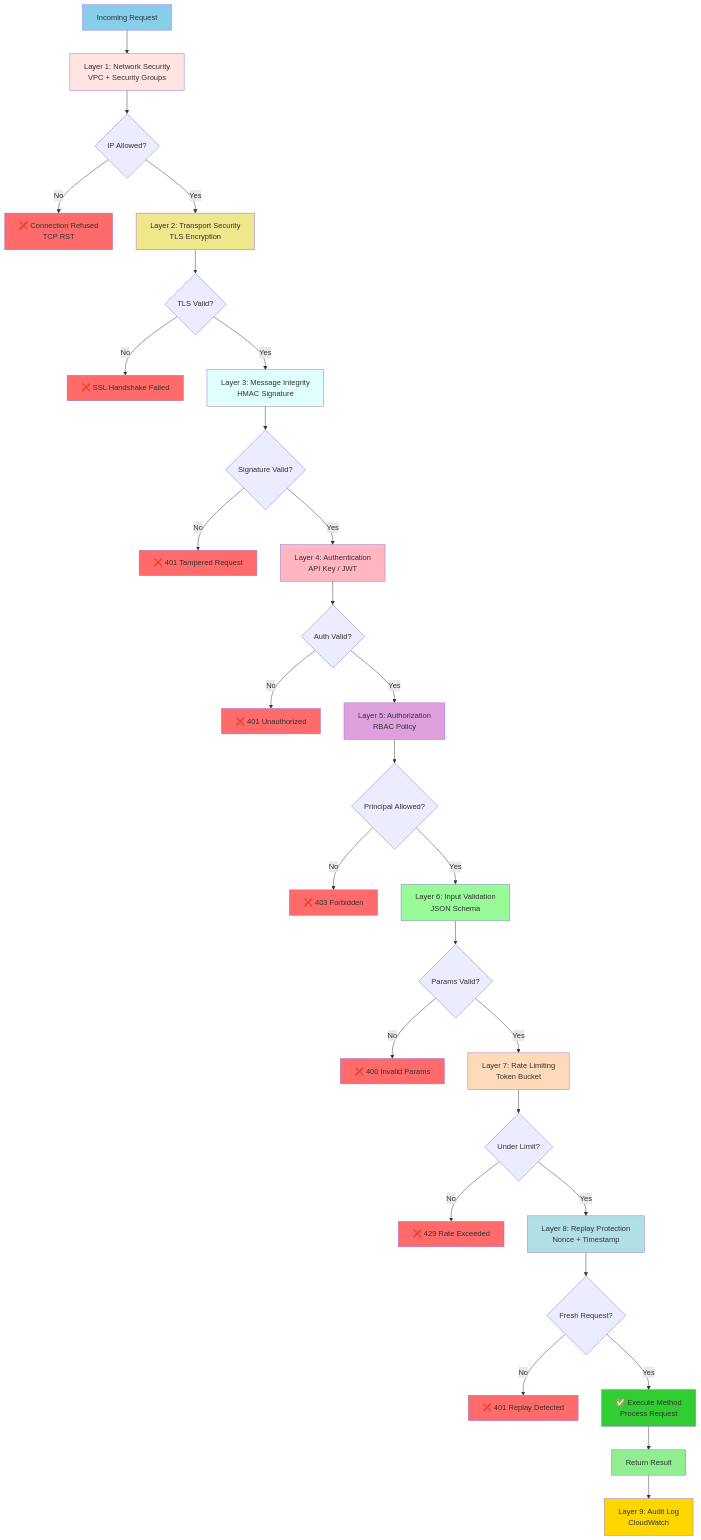
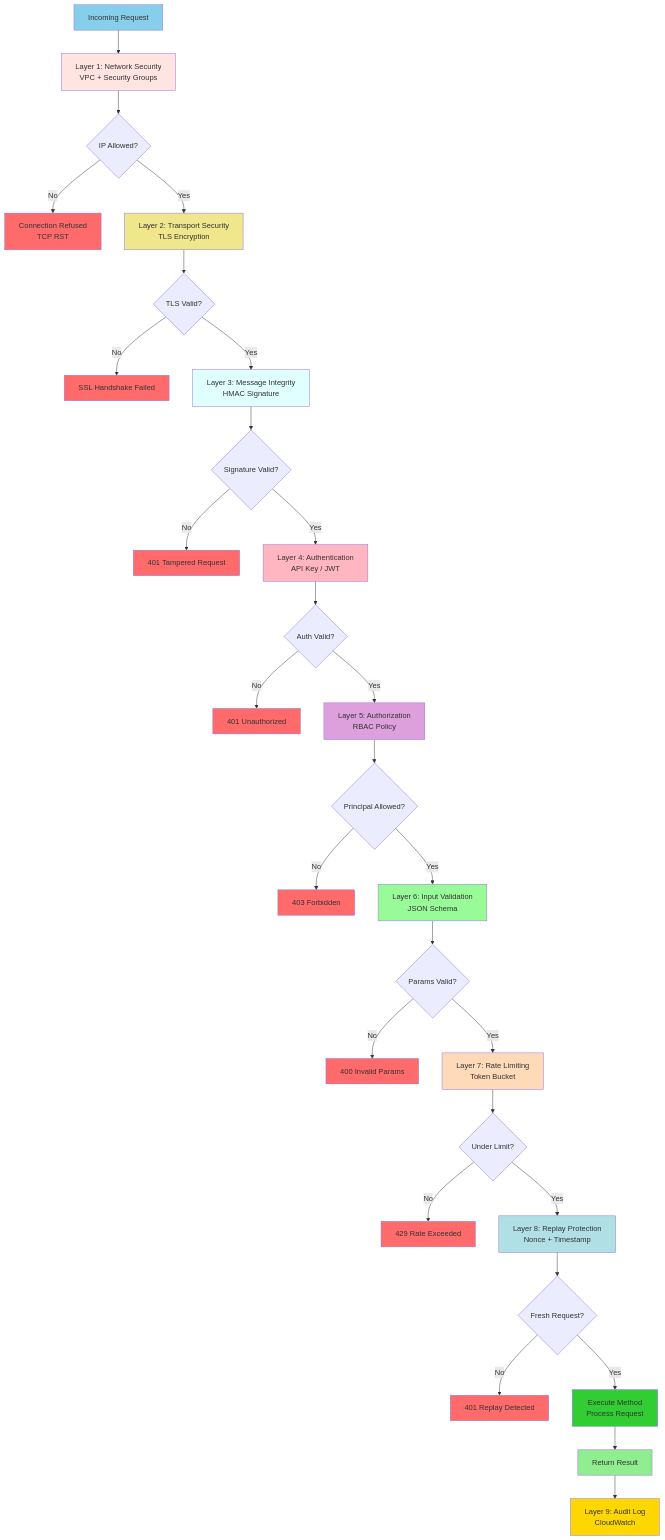
Before and after one commit to jaafar-benabderrazak/ca_a2a: the fourth of 13 diagrams in A2A_PROTOCOL_SECURITY_TECHNICAL.md, drawn with Mermaid. The commit also changed other lines of this file and 19 other files, not shown here.

````diff
--- a/A2A_PROTOCOL_SECURITY_TECHNICAL.md
+++ b/A2A_PROTOCOL_SECURITY_TECHNICAL.md
@@ -301,62 +301,62 @@
 ```mermaid
 graph TB
-    Request[Incoming Request] --> L1
-    
-    L1[Layer 1: Network Security<br/>VPC + Security Groups] --> L1_Check{IP Allowed?}
-    L1_Check -->|No| Reject1[❌ Connection Refused<br/>TCP RST]
-    L1_Check -->|Yes| L2
-    
-    L2[Layer 2: Transport Security<br/>TLS Encryption] --> L2_Check{TLS Valid?}
-    L2_Check -->|No| Reject2[❌ SSL Handshake Failed]
-    L2_Check -->|Yes| L3
-    
-    L3[Layer 3: Message Integrity<br/>HMAC Signature] --> L3_Check{Signature Valid?}
-    L3_Check -->|No| Reject3[❌ 401 Tampered Request]
-    L3_Check -->|Yes| L4
-    
-    L4[Layer 4: Authentication<br/>API Key / JWT] --> L4_Check{Auth Valid?}
-    L4_Check -->|No| Reject4[❌ 401 Unauthorized]
-    L4_Check -->|Yes| L5
-    
-    L5[Layer 5: Authorization<br/>RBAC Policy] --> L5_Check{Principal Allowed?}
-    L5_Check -->|No| Reject5[❌ 403 Forbidden]
-    L5_Check -->|Yes| L6
-    
-    L6[Layer 6: Input Validation<br/>JSON Schema] --> L6_Check{Params Valid?}
-    L6_Check -->|No| Reject6[❌ 400 Invalid Params]
-    L6_Check -->|Yes| L7
-    
-    L7[Layer 7: Rate Limiting<br/>Token Bucket] --> L7_Check{Under Limit?}
-    L7_Check -->|No| Reject7[❌ 429 Rate Exceeded]
-    L7_Check -->|Yes| L8
-    
-    L8[Layer 8: Replay Protection<br/>Nonce + Timestamp] --> L8_Check{Fresh Request?}
-    L8_Check -->|No| Reject8[❌ 401 Replay Detected]
-    L8_Check -->|Yes| Handler
-    
-    Handler[✅ Execute Method<br/>Process Request] --> Response
-    Response[Return Result] --> Audit[Layer 9: Audit Log<br/>CloudWatch]
-    
-    style Request fill:#87CEEB
-    style Handler fill:#32CD32
-    style Response fill:#90EE90
-    style Audit fill:#FFD700
-    
-    style L1 fill:#FFE4E1
-    style L2 fill:#F0E68C
-    style L3 fill:#E0FFFF
-    style L4 fill:#FFB6C1
-    style L5 fill:#DDA0DD
-    style L6 fill:#98FB98
-    style L7 fill:#FFDAB9
-    style L8 fill:#B0E0E6
-    
-    style Reject1 fill:#FF6B6B
-    style Reject2 fill:#FF6B6B
-    style Reject3 fill:#FF6B6B
-    style Reject4 fill:#FF6B6B
-    style Reject5 fill:#FF6B6B
-    style Reject6 fill:#FF6B6B
-    style Reject7 fill:#FF6B6B
-    style Reject8 fill:#FF6B6B
+ Request[Incoming Request] --> L1
+ 
+ L1[Layer 1: Network Security<br/>VPC + Security Groups] --> L1_Check{IP Allowed?}
+ L1_Check -->|No| Reject1[ Connection Refused<br/>TCP RST]
+ L1_Check -->|Yes| L2
+ 
+ L2[Layer 2: Transport Security<br/>TLS Encryption] --> L2_Check{TLS Valid?}
+ L2_Check -->|No| Reject2[ SSL Handshake Failed]
+ L2_Check -->|Yes| L3
+ 
+ L3[Layer 3: Message Integrity<br/>HMAC Signature] --> L3_Check{Signature Valid?}
+ L3_Check -->|No| Reject3[ 401 Tampered Request]
+ L3_Check -->|Yes| L4
+ 
+ L4[Layer 4: Authentication<br/>API Key / JWT] --> L4_Check{Auth Valid?}
+ L4_Check -->|No| Reject4[ 401 Unauthorized]
+ L4_Check -->|Yes| L5
+ 
+ L5[Layer 5: Authorization<br/>RBAC Policy] --> L5_Check{Principal Allowed?}
+ L5_Check -->|No| Reject5[ 403 Forbidden]
+ L5_Check -->|Yes| L6
+ 
+ L6[Layer 6: Input Validation<br/>JSON Schema] --> L6_Check{Params Valid?}
+ L6_Check -->|No| Reject6[ 400 Invalid Params]
+ L6_Check -->|Yes| L7
+ 
+ L7[Layer 7: Rate Limiting<br/>Token Bucket] --> L7_Check{Under Limit?}
+ L7_Check -->|No| Reject7[ 429 Rate Exceeded]
+ L7_Check -->|Yes| L8
+ 
+ L8[Layer 8: Replay Protection<br/>Nonce + Timestamp] --> L8_Check{Fresh Request?}
+ L8_Check -->|No| Reject8[ 401 Replay Detected]
+ L8_Check -->|Yes| Handler
+ 
+ Handler[ Execute Method<br/>Process Request] --> Response
+ Response[Return Result] --> Audit[Layer 9: Audit Log<br/>CloudWatch]
+ 
+ style Request fill:#87CEEB
+ style Handler fill:#32CD32
+ style Response fill:#90EE90
+ style Audit fill:#FFD700
+ 
+ style L1 fill:#FFE4E1
+ style L2 fill:#F0E68C
+ style L3 fill:#E0FFFF
+ style L4 fill:#FFB6C1
+ style L5 fill:#DDA0DD
+ style L6 fill:#98FB98
+ style L7 fill:#FFDAB9
+ style L8 fill:#B0E0E6
+ 
+ style Reject1 fill:#FF6B6B
+ style Reject2 fill:#FF6B6B
+ style Reject3 fill:#FF6B6B
+ style Reject4 fill:#FF6B6B
+ style Reject5 fill:#FF6B6B
+ style Reject6 fill:#FF6B6B
+ style Reject7 fill:#FF6B6B
+ style Reject8 fill:#FF6B6B
 ```
````
